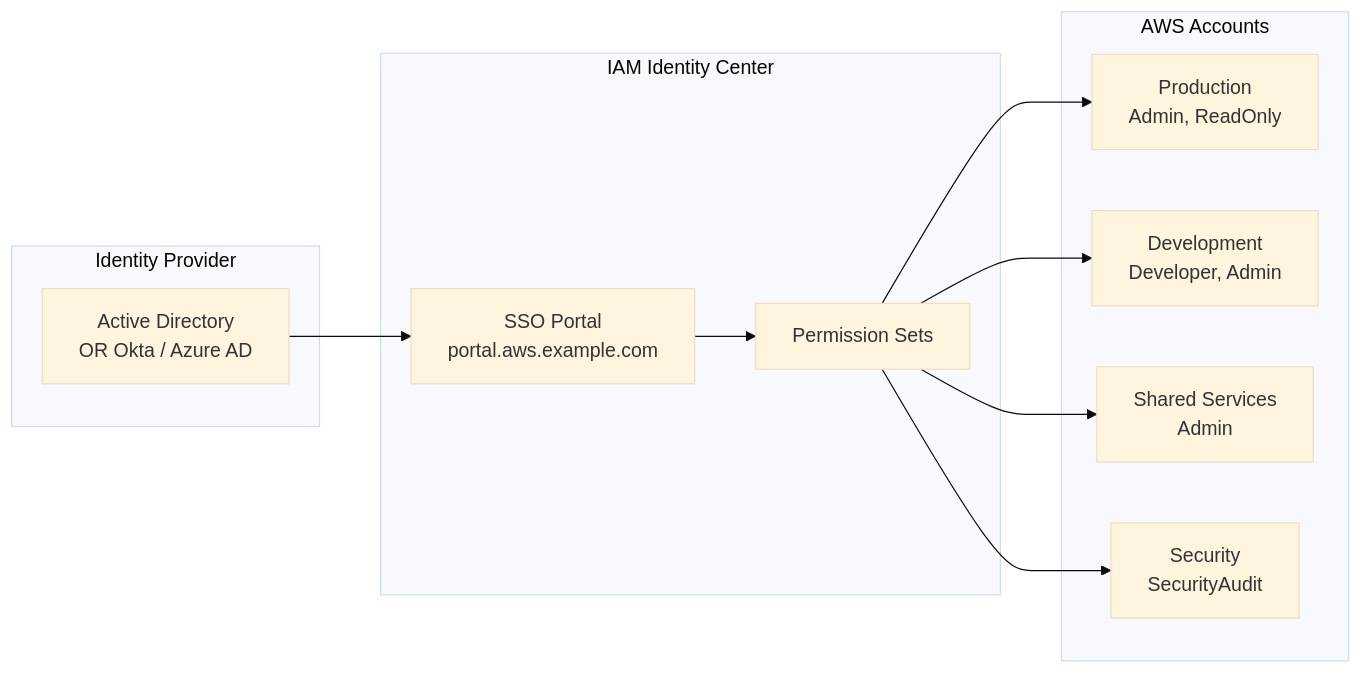
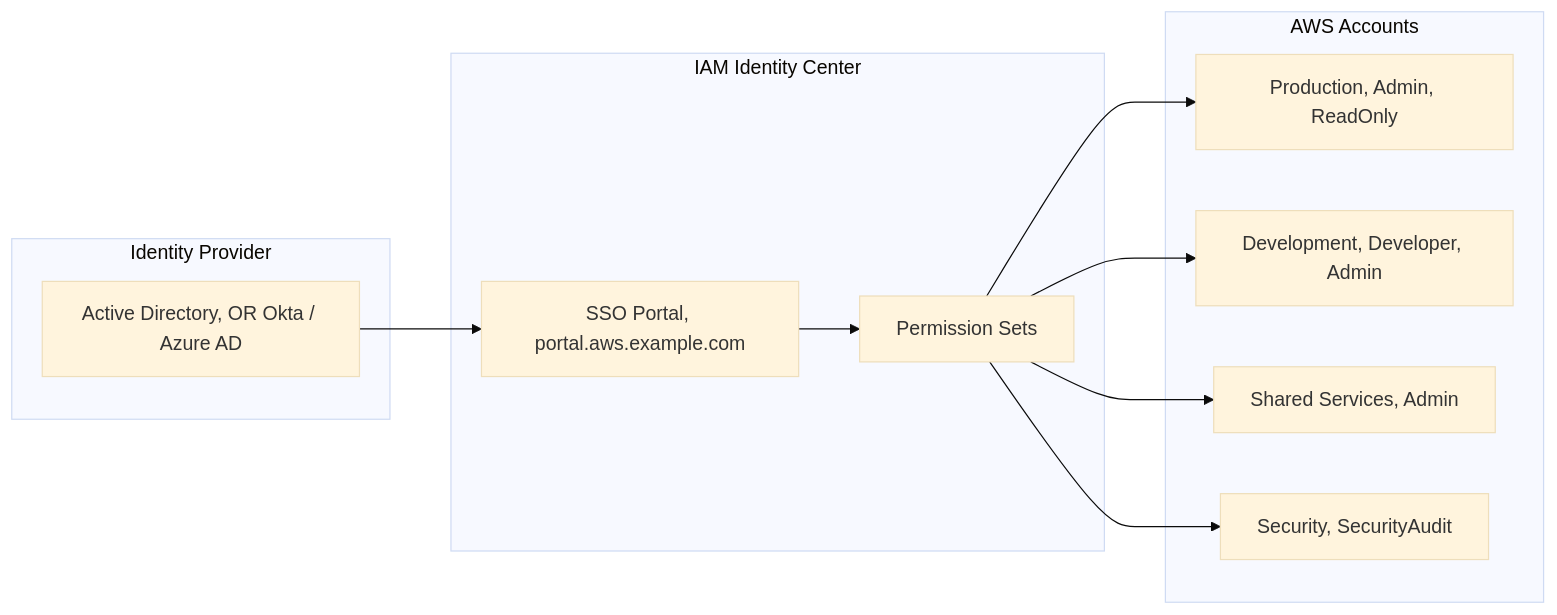
Before and after one commit to DeeptiShuklaProject/Uday_AWS: the first of 2 diagrams in Chapter_36_AWS_IAM_Identity_Center.md, drawn with Mermaid (base theme). The commit also changed other lines of this file and 34 other files, not shown here.

Commit message:
Fix mermaid diagrams syntax across all chapters (quote labels and remove HTML)

````diff
--- a/Chapter_36_AWS_IAM_Identity_Center.md
+++ b/Chapter_36_AWS_IAM_Identity_Center.md
@@ -102,22 +102,22 @@
 ```mermaid
 flowchart LR
     subgraph IdP["Identity Provider"]
-        AD[Active Directory<br>OR Okta / Azure AD]
+        AD["Active Directory, OR Okta / Azure AD"]
     end
     
     subgraph IC["IAM Identity Center"]
-        Portal[SSO Portal<br>portal.aws.example.com]
+        Portal["SSO Portal, portal.aws.example.com"]
         PS[Permission Sets]
     end
     
     subgraph Accounts["AWS Accounts"]
-        Prod[Production<br>Admin, ReadOnly]
-        Dev[Development<br>Developer, Admin]
-        Shared[Shared Services<br>Admin]
-        Security[Security<br>SecurityAudit]
+        Prod["Production, Admin, ReadOnly"]
+        Dev["Development, Developer, Admin"]
+        Shared["Shared Services, Admin"]
+        Security["Security, SecurityAudit"]
     end
     
     AD --> Portal
     Portal --> PS
     PS --> Prod & Dev & Shared & Security
 ```
````
